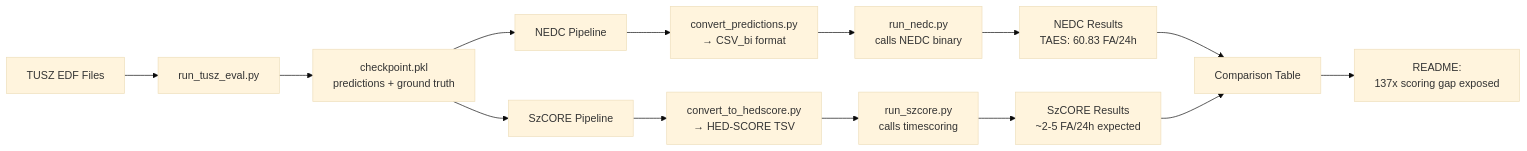
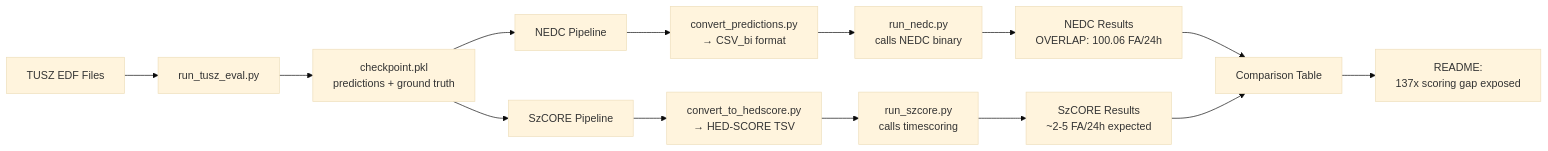
One commit to Clarity-Digital-Twin/SeizureTransformer changed the diagram in SZCORE_INTEGRATION_PLAN.md. Above: the diagram before and after it, drawn with Mermaid (base theme). The commit also changed other lines of this file and 22 other files, not shown here.

````diff
--- a/SZCORE_INTEGRATION_PLAN.md
+++ b/SZCORE_INTEGRATION_PLAN.md
@@ -47,20 +46,20 @@
 ```mermaid
 graph LR
     A[TUSZ EDF Files] --> B[run_tusz_eval.py]
     B --> C[checkpoint.pkl<br/>predictions + ground truth]
 
     C --> D[NEDC Pipeline]
     C --> E[SzCORE Pipeline]
 
     D --> D1[convert_predictions.py<br/>→ CSV_bi format]
     D1 --> D2[run_nedc.py<br/>calls NEDC binary]
-    D2 --> D3[NEDC Results<br/>TAES: 60.83 FA/24h]
+    D2 --> D3[NEDC Results<br/>OVERLAP: 100.06 FA/24h]
 
     E --> E1[convert_to_hedscore.py<br/>→ HED-SCORE TSV]
     E1 --> E2[run_szcore.py<br/>calls timescoring]
     E2 --> E3[SzCORE Results<br/>~2-5 FA/24h expected]
 
     D3 --> F[Comparison Table]
     E3 --> F
     F --> G[README:<br/>137x scoring gap exposed]
 ```
````
